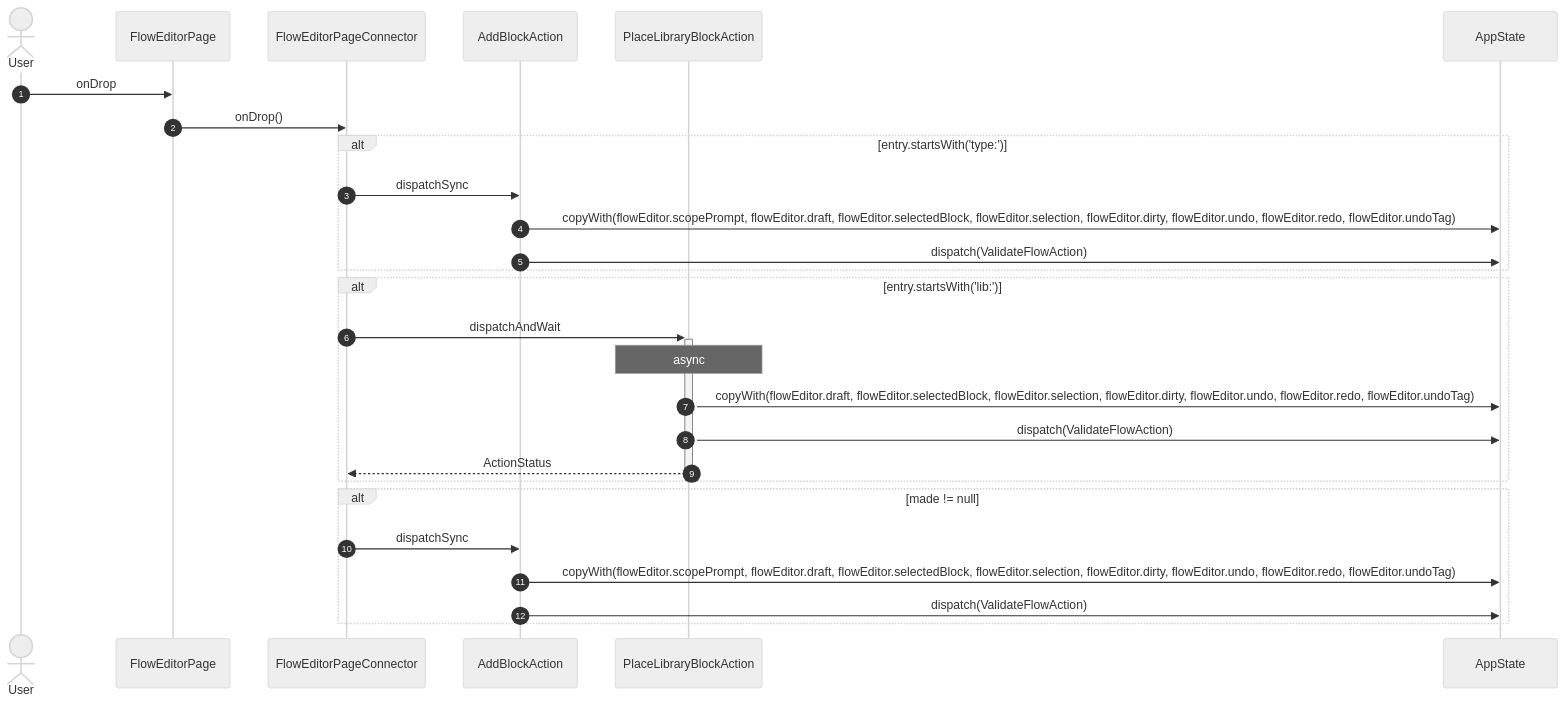
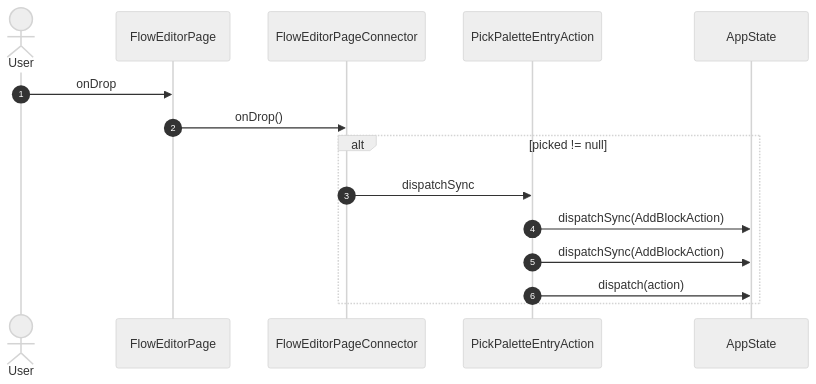
Diagram 21 of 42 in studio/docs/flows/flowEditor.md (gencto/wyrm), drawn with Mermaid (neutral theme) before and after one commit. The commit also changed other lines of this file and 49 other files, not shown here.

````diff
--- a/studio/docs/flows/flowEditor.md
+++ b/studio/docs/flows/flowEditor.md
@@ -434,30 +390,18 @@
 ```mermaid
 sequenceDiagram
     autonumber
     actor User
     participant UI as FlowEditorPage
     participant VM as FlowEditorPageConnector
-    participant A1 as AddBlockAction
-    participant A2 as PlaceLibraryBlockAction
+    participant A1 as PickPaletteEntryAction
     participant ST as AppState
 
     User->>UI: onDrop
     UI->>VM: onDrop()
-    alt entry.startsWith('type:')
+    alt picked != null
         VM->>A1: dispatchSync
-        A1->>ST: copyWith(flowEditor.scopePrompt, flowEditor.draft, flowEditor.selectedBlock, flowEditor.selection, flowEditor.dirty, flowEditor.undo, flowEditor.redo, flowEditor.undoTag)
-        A1->>ST: dispatch(ValidateFlowAction)
-    end
-    alt entry.startsWith('lib:')
-        VM->>+A2: dispatchAndWait
-        Note over A2: async
-        A2->>ST: copyWith(flowEditor.draft, flowEditor.selectedBlock, flowEditor.selection, flowEditor.dirty, flowEditor.undo, flowEditor.redo, flowEditor.undoTag)
-        A2->>ST: dispatch(ValidateFlowAction)
-        A2-->>-VM: ActionStatus
-    end
-    alt made != null
-        VM->>A1: dispatchSync
-        A1->>ST: copyWith(flowEditor.scopePrompt, flowEditor.draft, flowEditor.selectedBlock, flowEditor.selection, flowEditor.dirty, flowEditor.undo, flowEditor.redo, flowEditor.undoTag)
-        A1->>ST: dispatch(ValidateFlowAction)
+        A1->>ST: dispatchSync(AddBlockAction)
+        A1->>ST: dispatchSync(AddBlockAction)
+        A1->>ST: dispatch(action)
     end
 ```
````
